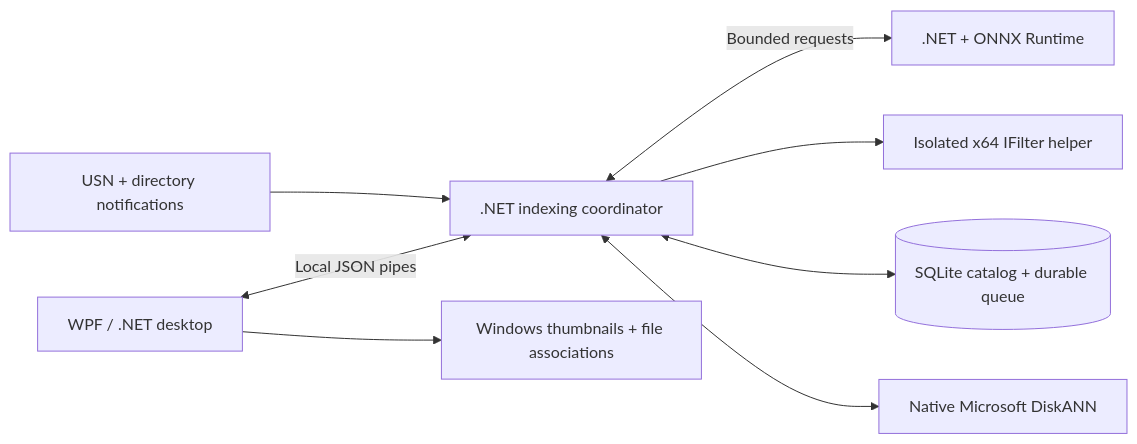
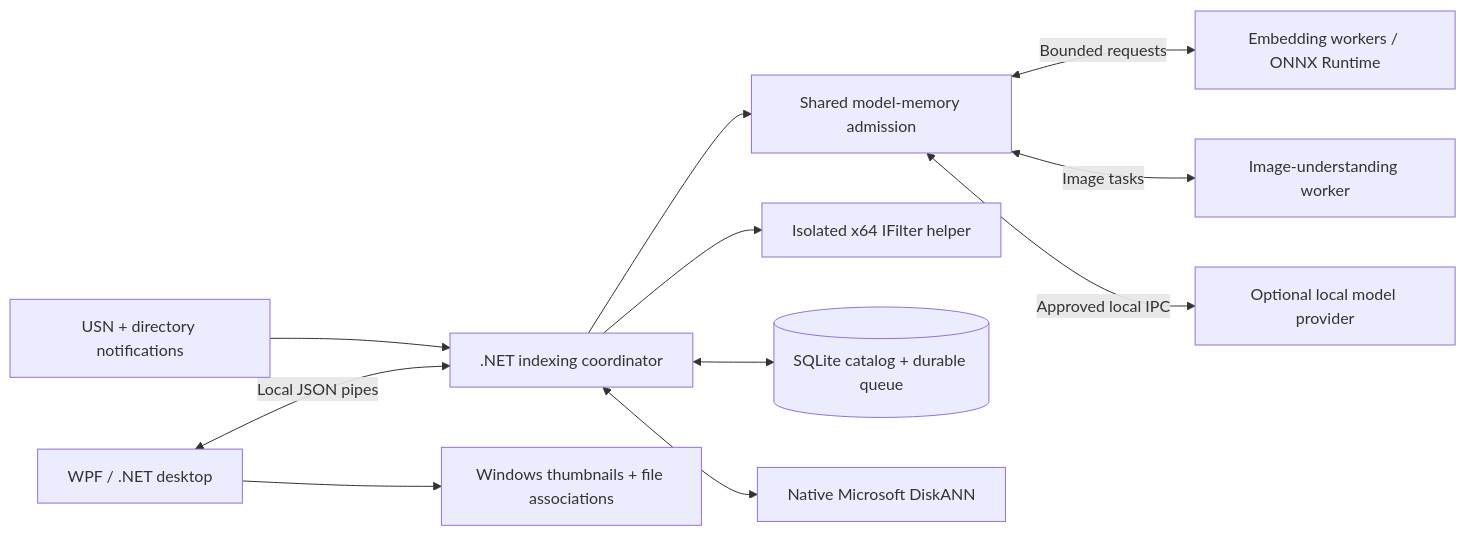
The diagram in README.md (sumanthewhiz/FuzzyFindAnything), drawn with Mermaid before and after one commit. The commit also changed other lines of this file and 30 other files, not shown here.

First line of the commit message:
Fix model memory lifecycle and authenticated provider discovery

````diff
--- a/README.md
+++ b/README.md
@@ -86,10 +97,13 @@
 ```mermaid
 flowchart LR
     UI["WPF / .NET desktop"] <-->|Local JSON pipes| Engine[".NET indexing coordinator"]
     Changes["USN + directory notifications"] --> Engine
-    Engine <-->|Bounded requests| Inference[".NET + ONNX Runtime"]
+    Engine --> Memory["Shared model-memory admission"]
+    Memory <-->|Bounded requests| Inference["Embedding workers / ONNX Runtime"]
+    Memory <-->|Image tasks| Vision["Image-understanding worker"]
+    Memory <-->|Approved local IPC| Provider["Optional local model provider"]
     Engine --> Filters["Isolated x64 IFilter helper"]
     Engine <--> Catalog[("SQLite catalog + durable queue")]
     Engine <--> ANN["Native Microsoft DiskANN"]
     UI --> Shell["Windows thumbnails + file associations"]
 ```
````
